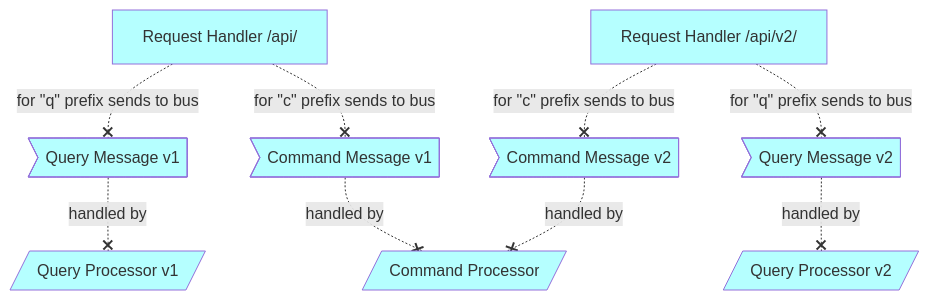
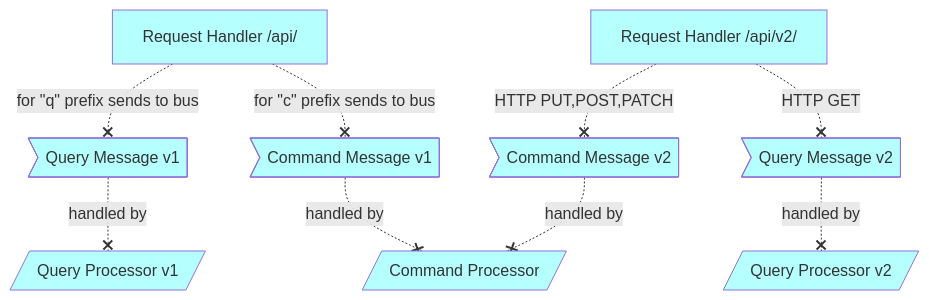
Before and after one commit to voedger/voedger-internals: the second of 2 diagrams in server/design/agw.md, drawn with Mermaid. The commit also changed other lines of this file, not shown here.

Commit message:
Refactor request dispatching section in AGW documentation for clarity

````diff
--- a/server/design/agw.md
+++ b/server/design/agw.md
@@ -36,33 +36,33 @@
 ```mermaid
 flowchart
 qpMessage1>Query Message v1]:::S
 qpMessage2>Query Message v2]:::S
 cpMessage1>Command Message v1]:::S
 cpMessage2>Command Message v2]:::S
 qp1[/Query Processor v1/]:::S
 qp2[/Query Processor v2/]:::S
 cp[/Command Processor/]:::S
 rh1[Request Handler /api/]:::S
 rh2[Request Handler /api/v2/]:::S
 
 %% Relations ======================
 
 rh1 -.-x |for &quot;q&quot; prefix sends to bus|qpMessage1
 rh1 -.-x |for &quot;c&quot; prefix sends to bus|cpMessage1
 
-rh2 -.-x |for &quot;q&quot; prefix sends to bus|qpMessage2
-rh2 -.-x |for &quot;c&quot; prefix sends to bus|cpMessage2
+rh2 -.-x |HTTP GET|qpMessage2
+rh2 -.-x |HTTP PUT,POST,PATCH|cpMessage2
 
 qpMessage1 -.-x |handled by|qp1
 cpMessage1 -.-x |handled by|cp
 
 qpMessage2 -.-x |handled by|qp2
 cpMessage2 -.-x |handled by|cp
 
 
 %% Styles ====================
 classDef B fill:#FFFFB5,color:#333
 classDef S fill:#B5FFFF,color:#333
 classDef H fill:#C9E7B7,color:#333
 classDef G fill:#ffffff15, stroke:#999, stroke-width:2px, stroke-dasharray: 5 5
 ```
````
